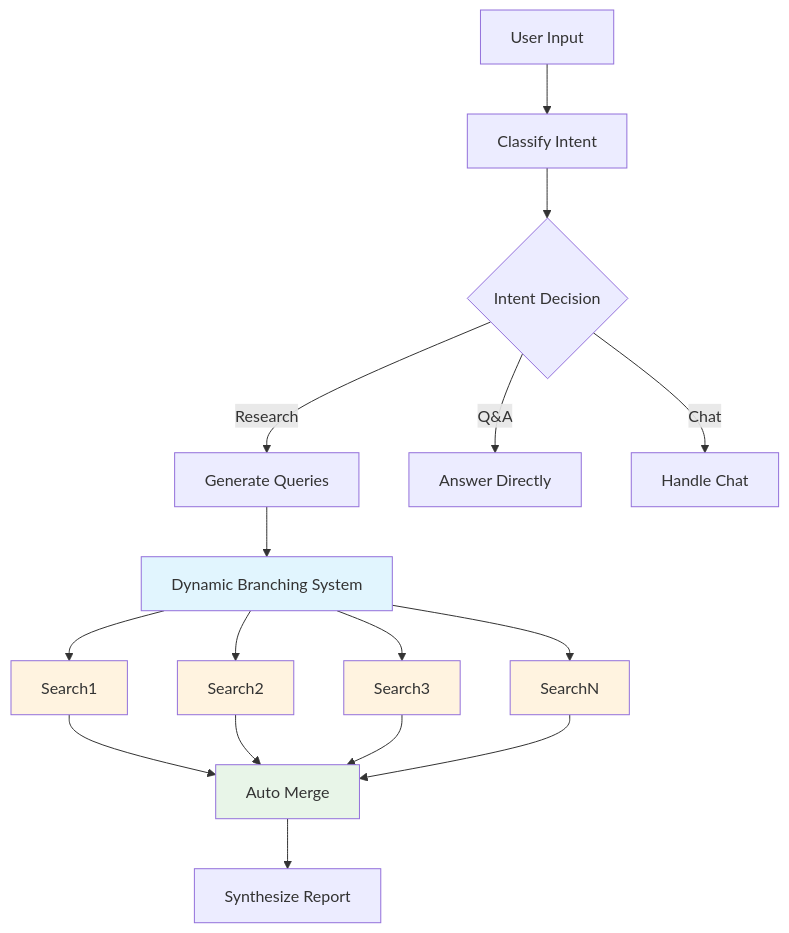
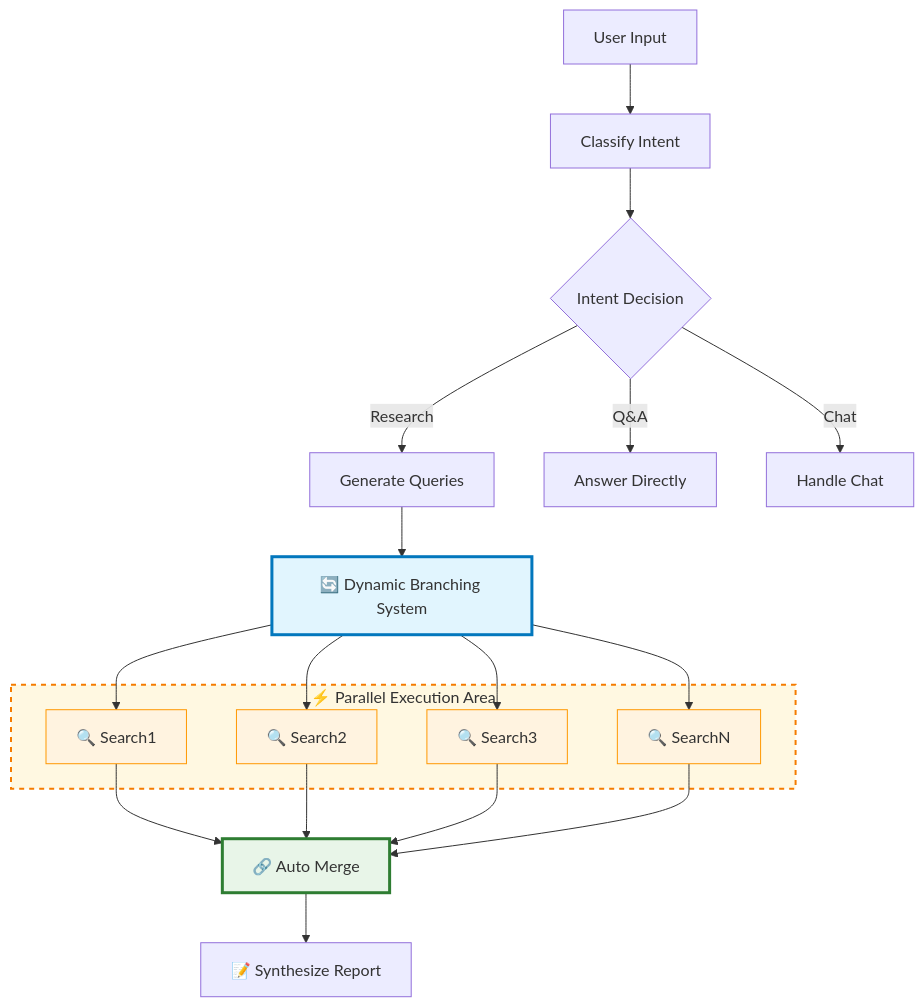
One commit to Daku-on/openai-go-demo changed the second of 2 diagrams in README.md. Above: the diagram before and after it, drawn with Mermaid. The commit also changed other lines of this file, not shown here.

Commit message:
Update README.md with enhanced Mermaid diagrams and visual styling
- Add visual enhancements to Mermaid flowcharts with emojis and color coding
- Improve parallel execution visualization with subgraph styling
- Add consistent stroke and fill styling across all diagram elements
- Update both Japanese and English versions for consistency

🤖 Generated with [Claude Code](https://claude.ai/code)

````diff
--- a/README.md
+++ b/README.md
@@ -362,28 +371,37 @@
 ```mermaid
 flowchart TD
     A["User Input"] --> B["Classify Intent"]
     B --> C{"Intent Decision"}
     C -->|Research| D["Generate Queries"]
     C -->|Q&A| E["Answer Directly"]
     C -->|Chat| F["Handle Chat"]
     
-    D --> G["Dynamic Branching System"]
-    G --> H1["Search1"]
-    G --> H2["Search2"] 
-    G --> H3["Search3"]
-    G --> H4["SearchN"]
+    D --> G["🔄 Dynamic Branching System"]
     
-    H1 --> I["Auto Merge"]
+    subgraph parallel ["⚡ Parallel Execution Area"]
+        H1["🔍 Search1"]
+        H2["🔍 Search2"] 
+        H3["🔍 Search3"]
+        H4["🔍 SearchN"]
+    end
+    
+    G --> H1
+    G --> H2
+    G --> H3
+    G --> H4
+    
+    H1 --> I["🔗 Auto Merge"]
     H2 --> I
     H3 --> I
     H4 --> I
     
-    I --> J["Synthesize Report"]
+    I --> J["📝 Synthesize Report"]
     
-    style G fill:#e1f5fe
-    style I fill:#e8f5e8
-    style H1 fill:#fff3e0
-    style H2 fill:#fff3e0
-    style H3 fill:#fff3e0
-    style H4 fill:#fff3e0
+    style G fill:#e1f5fe,stroke:#0277bd,stroke-width:3px
+    style I fill:#e8f5e8,stroke:#2e7d32,stroke-width:3px
+    style parallel fill:#fff8e1,stroke:#f57c00,stroke-width:2px,stroke-dasharray: 5 5
+    style H1 fill:#fff3e0,stroke:#ff9800
+    style H2 fill:#fff3e0,stroke:#ff9800
+    style H3 fill:#fff3e0,stroke:#ff9800
+    style H4 fill:#fff3e0,stroke:#ff9800
 ```
````
